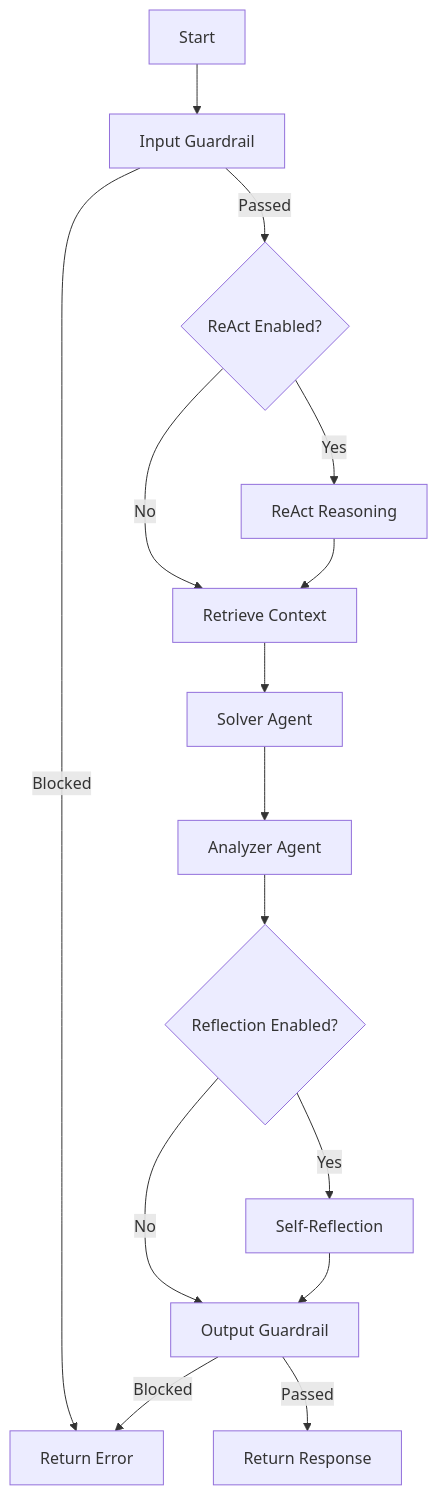
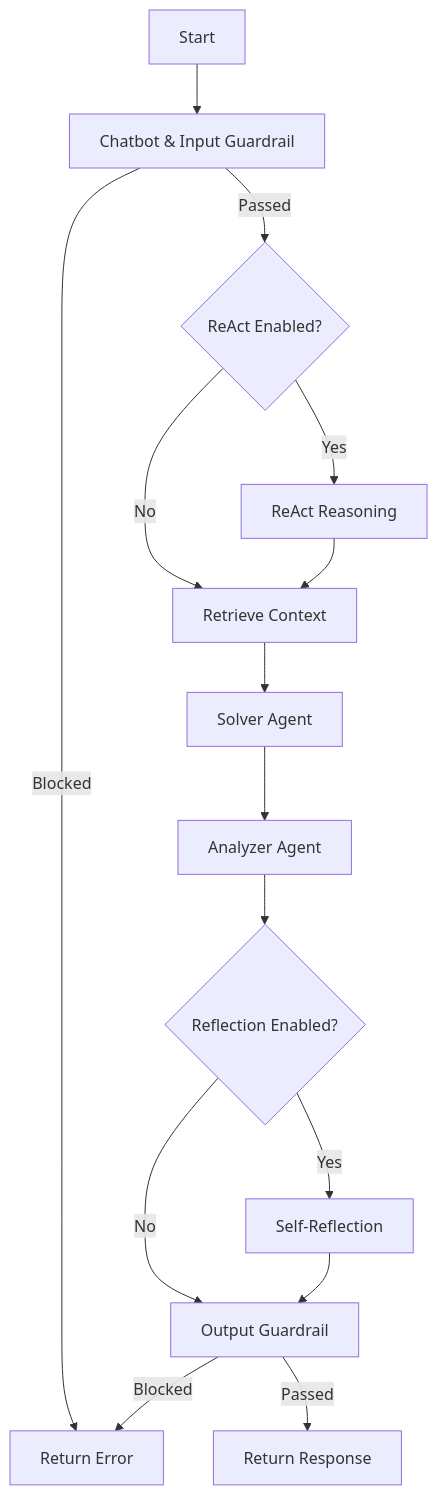
Before and after one commit to MissoumYoucef/Multi-Agent-LLM-AI-System: the diagram in Project/README.md, drawn with Mermaid.

Commit message:
Update Orchestrator Workflow diagram in README

````diff
--- a/Project/README.md
+++ b/Project/README.md
@@ -161,17 +161,17 @@
 ```mermaid
 graph TD
-    A[Start] --> B[Input Guardrail]
+    A[Start] --> B[Chatbot & Input Guardrail]
     B -->|Blocked| Z[Return Error]
     B -->|Passed| C{ReAct Enabled?}
     C -->|Yes| D[ReAct Reasoning]
     C -->|No| E[Retrieve Context]
     D --> E
     E --> F[Solver Agent]
     F --> G[Analyzer Agent]
     G --> H{Reflection Enabled?}
     H -->|Yes| I[Self-Reflection]
     H -->|No| J[Output Guardrail]
     I --> J
     J -->|Passed| K[Return Response]
     J -->|Blocked| Z
 ```
````
